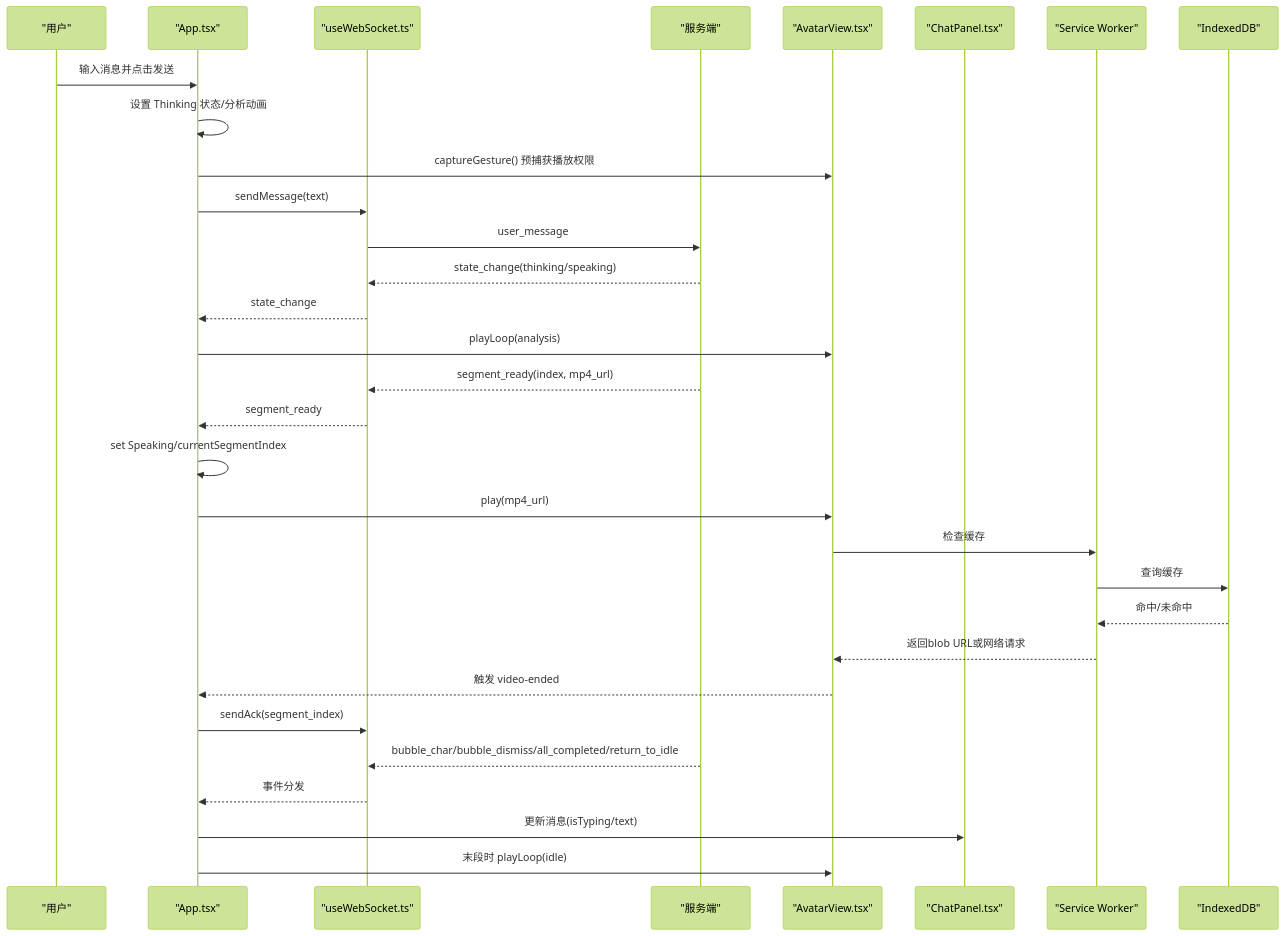
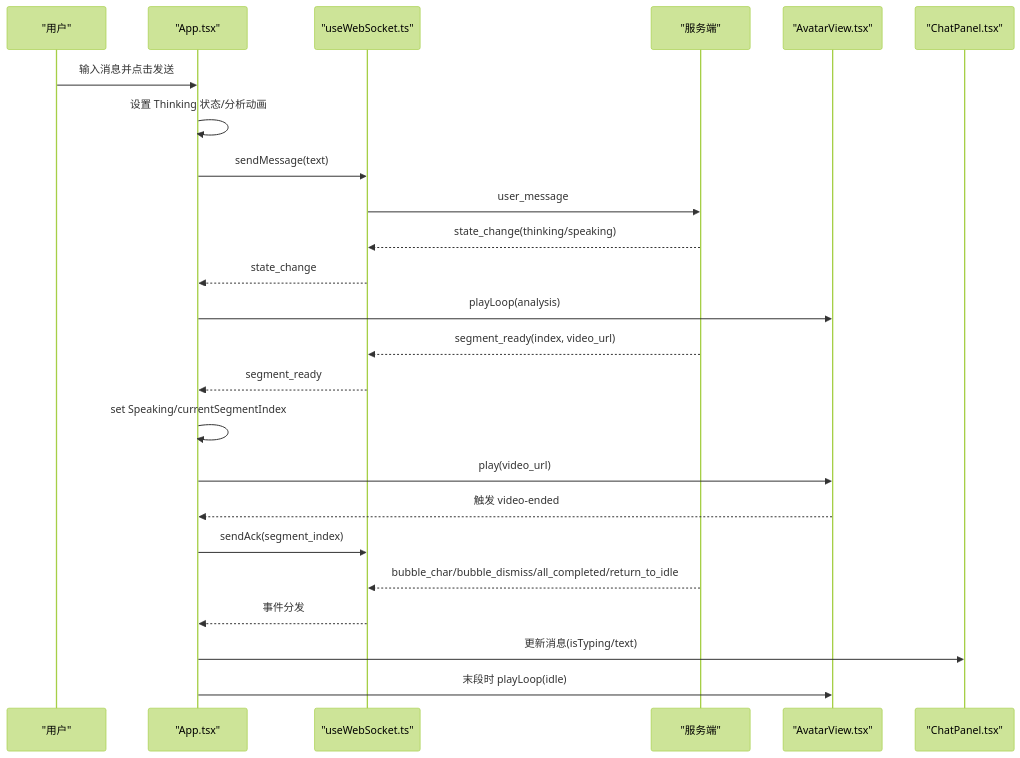
The second of 7 diagrams in .qoder/repowiki/zh/content/前端应用/前端应用.md (leo21cn/real-time-talk), drawn with Mermaid (forest theme) before and after one commit. The commit also changed other lines of this file and 21 other files, not shown here.

````diff
--- a/.qoder/repowiki/zh/content/前端应用/前端应用.md
+++ b/.qoder/repowiki/zh/content/前端应用/前端应用.md
@@ -161,33 +136,26 @@
 ```mermaid
 sequenceDiagram
 participant U as "用户"
 participant A as "App.tsx"
 participant WS as "useWebSocket.ts"
 participant S as "服务端"
 participant AV as "AvatarView.tsx"
 participant CP as "ChatPanel.tsx"
-participant SW as "Service Worker"
-participant IDB as "IndexedDB"
 U->>A : 输入消息并点击发送
 A->>A : 设置 Thinking 状态/分析动画
-A->>AV : captureGesture() 预捕获播放权限
 A->>WS : sendMessage(text)
 WS->>S : user_message
 S-->>WS : state_change(thinking/speaking)
 WS-->>A : state_change
 A->>AV : playLoop(analysis)
-S-->>WS : segment_ready(index, mp4_url)
+S-->>WS : segment_ready(index, video_url)
 WS-->>A : segment_ready
 A->>A : set Speaking/currentSegmentIndex
-A->>AV : play(mp4_url)
-AV->>SW : 检查缓存
-SW->>IDB : 查询缓存
-IDB-->>SW : 命中/未命中
-SW-->>AV : 返回blob URL或网络请求
+A->>AV : play(video_url)
 AV-->>A : 触发 video-ended
 A->>WS : sendAck(segment_index)
 S-->>WS : bubble_char/bubble_dismiss/all_completed/return_to_idle
 WS-->>A : 事件分发
 A->>CP : 更新消息(isTyping/text)
 A->>AV : 末段时 playLoop(idle)
 ```
````
